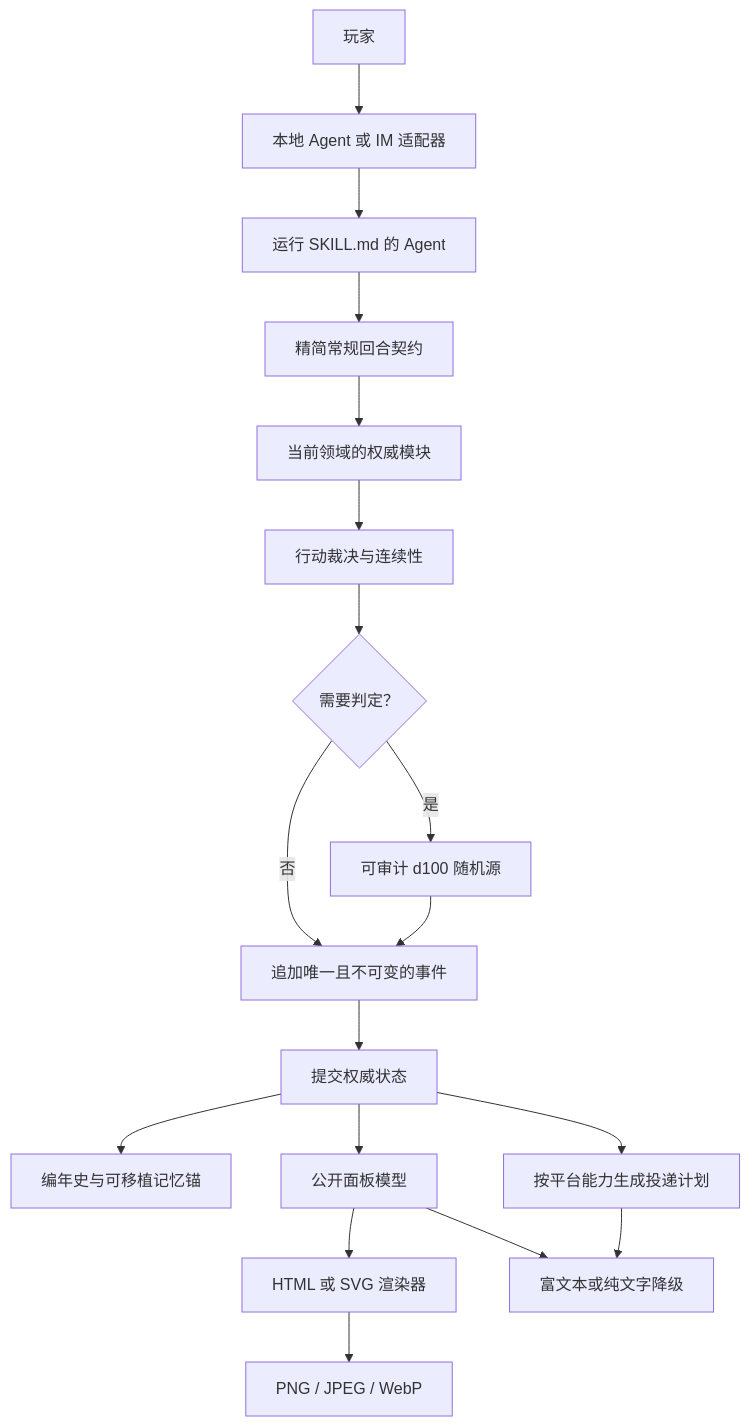
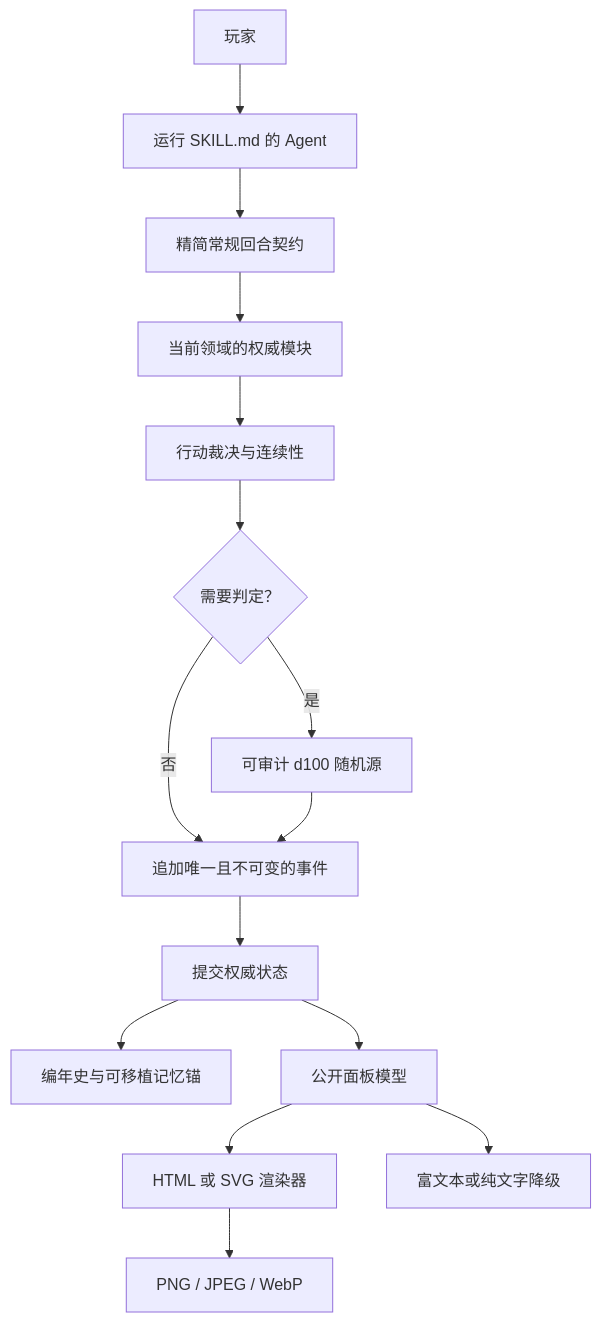
One commit to zyfayes/lotm-text-game-skill changed the diagram in README_CN.md. Above: the diagram before and after it, drawn with Mermaid. The commit also changed other lines of this file and 26 other files, not shown here.

Commit message:
refactor: simplify skill runtime architecture

````diff
--- a/README_CN.md
+++ b/README_CN.md
@@ -59,20 +59,17 @@
 ```mermaid
 flowchart TD
-    U[玩家] --> T[本地 Agent 或 IM 适配器]
-    T --> A[运行 SKILL.md 的 Agent]
+    U[玩家] --> A[运行 SKILL.md 的 Agent]
     A --> Q[精简常规回合契约]
     Q --> R[当前领域的权威模块]
     R --> C[行动裁决与连续性]
     C --> D{需要判定？}
     D -->|是| G[可审计 d100 随机源]
     D -->|否| E[追加唯一且不可变的事件]
     G --> E
     E --> S[提交权威状态]
     S --> J[编年史与可移植记忆锚]
     S --> P[公开面板模型]
-    S --> O[按平台能力生成投递计划]
     P --> H[HTML 或 SVG 渲染器]
     H --> I[PNG / JPEG / WebP]
     P --> F[富文本或纯文字降级]
-    O --> F
 ```
````
